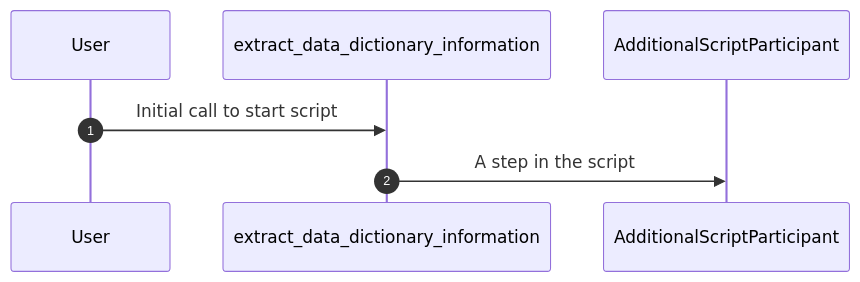
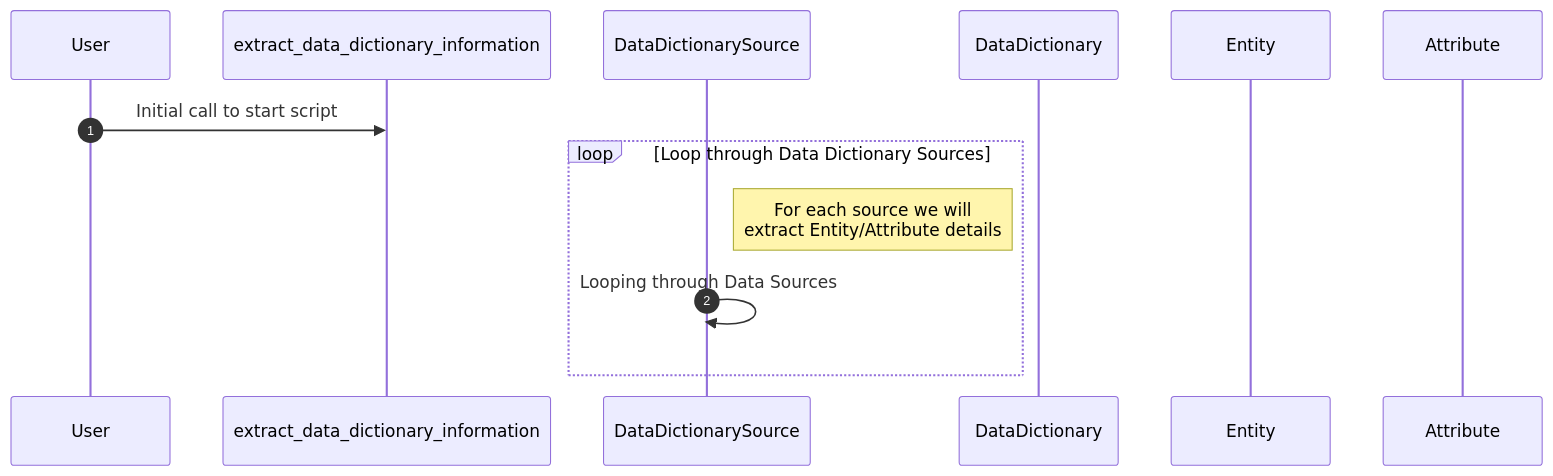
The first of 16 diagrams in README.md (DavidHartman-Personal/Data_Dictionary), drawn with Mermaid before and after one commit. The commit also changed other lines of this file and 4 other files, not shown here.

````diff
--- a/README.md
+++ b/README.md
@@ -69,12 +111,19 @@
 ```mermaid
 sequenceDiagram
-    %% A template for creating a mermaid sequence diagram
+%% A template for creating a mermaid sequence diagram
     autonumber
     participant User
     participant Script as extract_data_dictionary_information
-    %% Include additional components/participants/actors/scripts/etc. that are involved in the process
-    %% For example, Classes or modules that are required for the script 
-    participant AdditionalScriptParticipant
-    User->>Script: Initial call to start script
-    Script->>AdditionalScriptParticipant: A step in the script
+%% Include additional components/participants/actors/scripts/etc. that are involved in the process
+%% For example, Classes or modules that are required for the script 
+    participant DataDictionarySource
+    participant DataDictionary
+    participant Entity
+    participant Attribute
+    User ->> Script: Initial call to start script
+    loop Loop through Data Dictionary Sources
+        note right of DataDictionarySource: For each source we will <BR> extract Entity/Attribute details
+        DataDictionarySource ->> DataDictionarySource: Looping through Data Sources
+    end
+    
 ```
````
